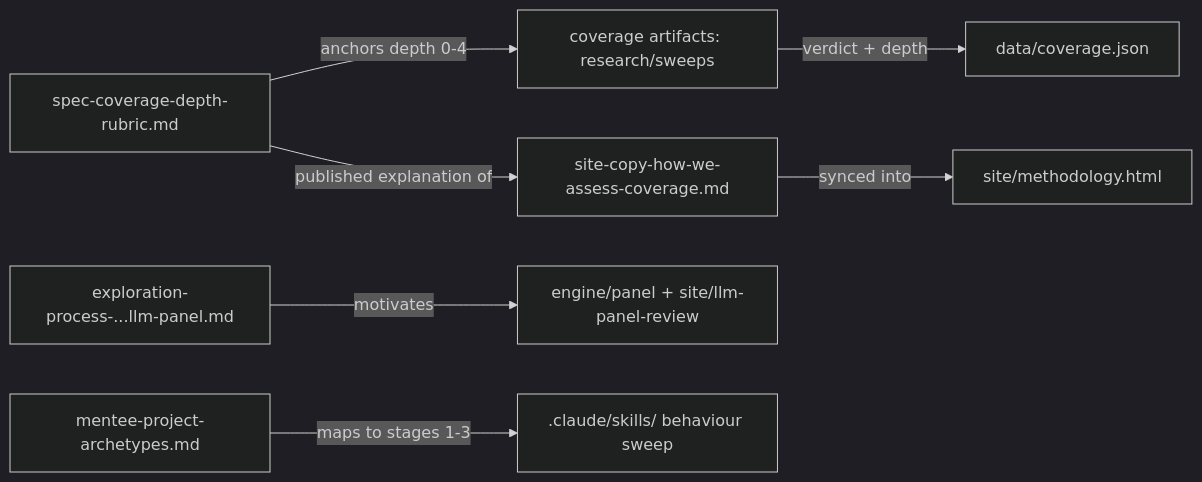
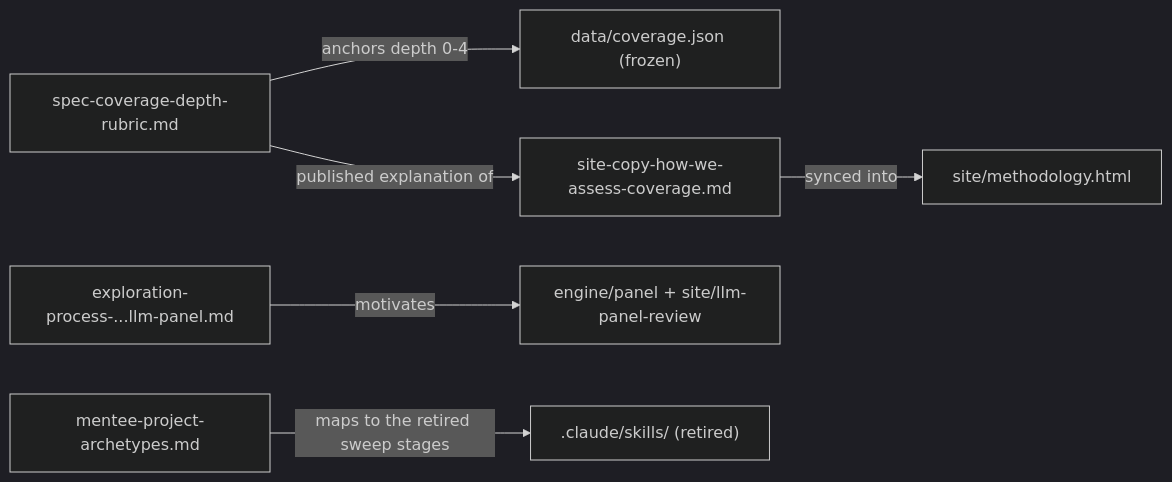
Before and after one commit to AndresCotton/ai-character-index: the diagram in methodology/OVERVIEW.md, drawn with Mermaid (dark theme). The commit also changed other lines of this file and 30 other files, not shown here.

````diff
--- a/methodology/OVERVIEW.md
+++ b/methodology/OVERVIEW.md
@@ -20,9 +20,8 @@
 ```mermaid
 graph LR
-  RUBRIC["spec-coverage-depth-rubric.md"] -->|anchors depth 0-4| SWEEP["coverage artifacts: research/sweeps"]
-  SWEEP -->|verdict + depth| COVERAGE["data/coverage.json"]
+  RUBRIC["spec-coverage-depth-rubric.md"] -->|anchors depth 0-4| COVERAGE["data/coverage.json (frozen)"]
   SITECOPY["site-copy-how-we-assess-coverage.md"] -->|synced into| METHOD["site/methodology.html"]
   RUBRIC -->|published explanation of| SITECOPY
   EXPLORE["exploration-process-...llm-panel.md"] -->|motivates| PANEL["engine/panel + site/llm-panel-review"]
-  MENTEE["mentee-project-archetypes.md"] -->|maps to stages 1-3| SKILLS[".claude/skills/ behaviour sweep"]
+  MENTEE["mentee-project-archetypes.md"] -->|maps to the retired sweep stages| SKILLS[".claude/skills/ (retired)"]
 ```
````
